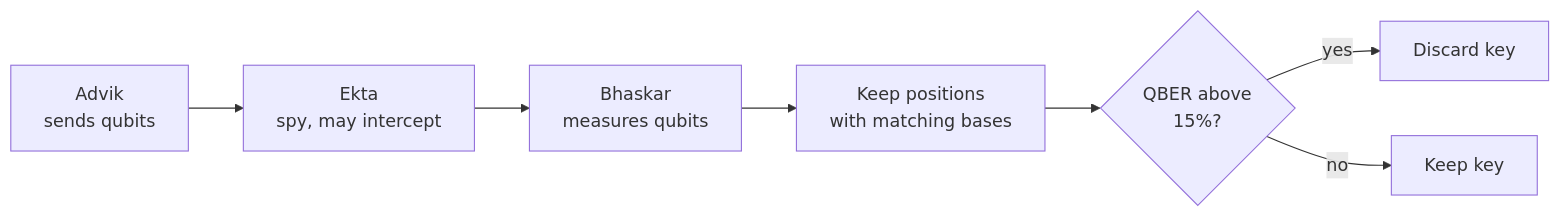
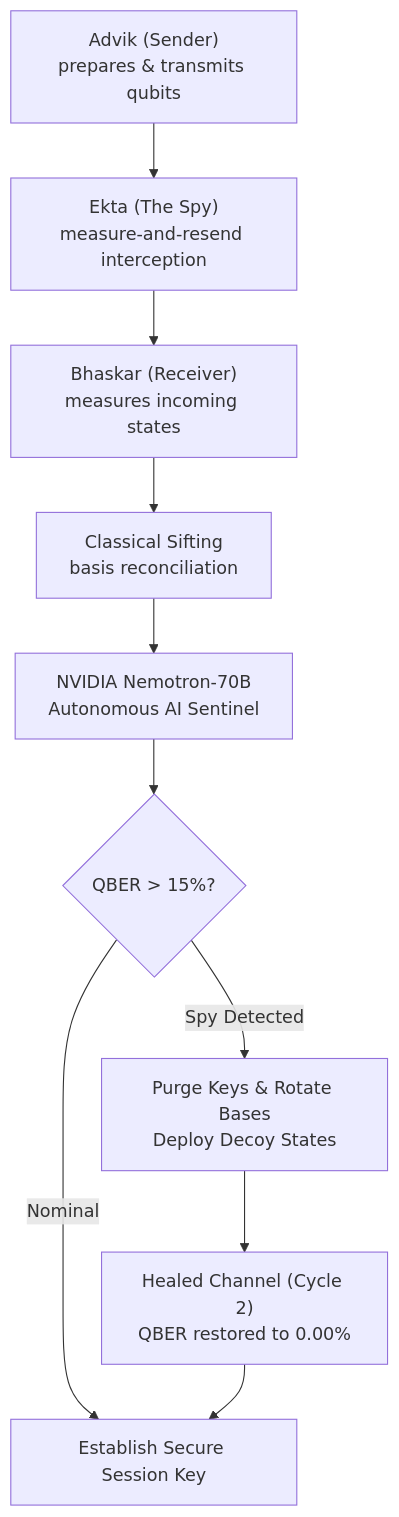
The diagram in README.md (techindro/quantum-catching-the-spy-qkd), drawn with Mermaid before and after one commit. The commit also changed other lines of this file and 14 other files, not shown here.

Commit message:
docs: highlight NVIDIA Nemotron and Nebius Token Factory integration

````diff
--- a/README.md
+++ b/README.md
@@ -59,6 +61,12 @@
 ```mermaid
-flowchart LR
-    A["Advik<br/>sends qubits"] --> E["Ekta<br/>spy, may intercept"] --> B["Bhaskar<br/>measures qubits"] --> S["Keep positions<br/>with matching bases"] --> Q{"QBER above<br/>15%?"}
-    Q -- "yes" --> D["Discard key"]
-    Q -- "no" --> K["Keep key"]
+flowchart TD
+    A["Advik (Sender)<br/>prepares & transmits qubits"] --> E["Ekta (The Spy)<br/>measure-and-resend interception"]
+    E --> B["Bhaskar (Receiver)<br/>measures incoming states"]
+    B --> S["Classical Sifting<br/>basis reconciliation"]
+    S --> N["NVIDIA Nemotron-70B<br/>Autonomous AI Sentinel"]
+    N --> Q{"QBER > 15%?"}
+    Q -- "Nominal" --> K["Establish Secure Session Key"]
+    Q -- "Spy Detected" --> D["Purge Keys & Rotate Bases<br/>Deploy Decoy States"]
+    D --> H["Healed Channel (Cycle 2)<br/>QBER restored to 0.00%"]
+    H --> K
 ```
````
